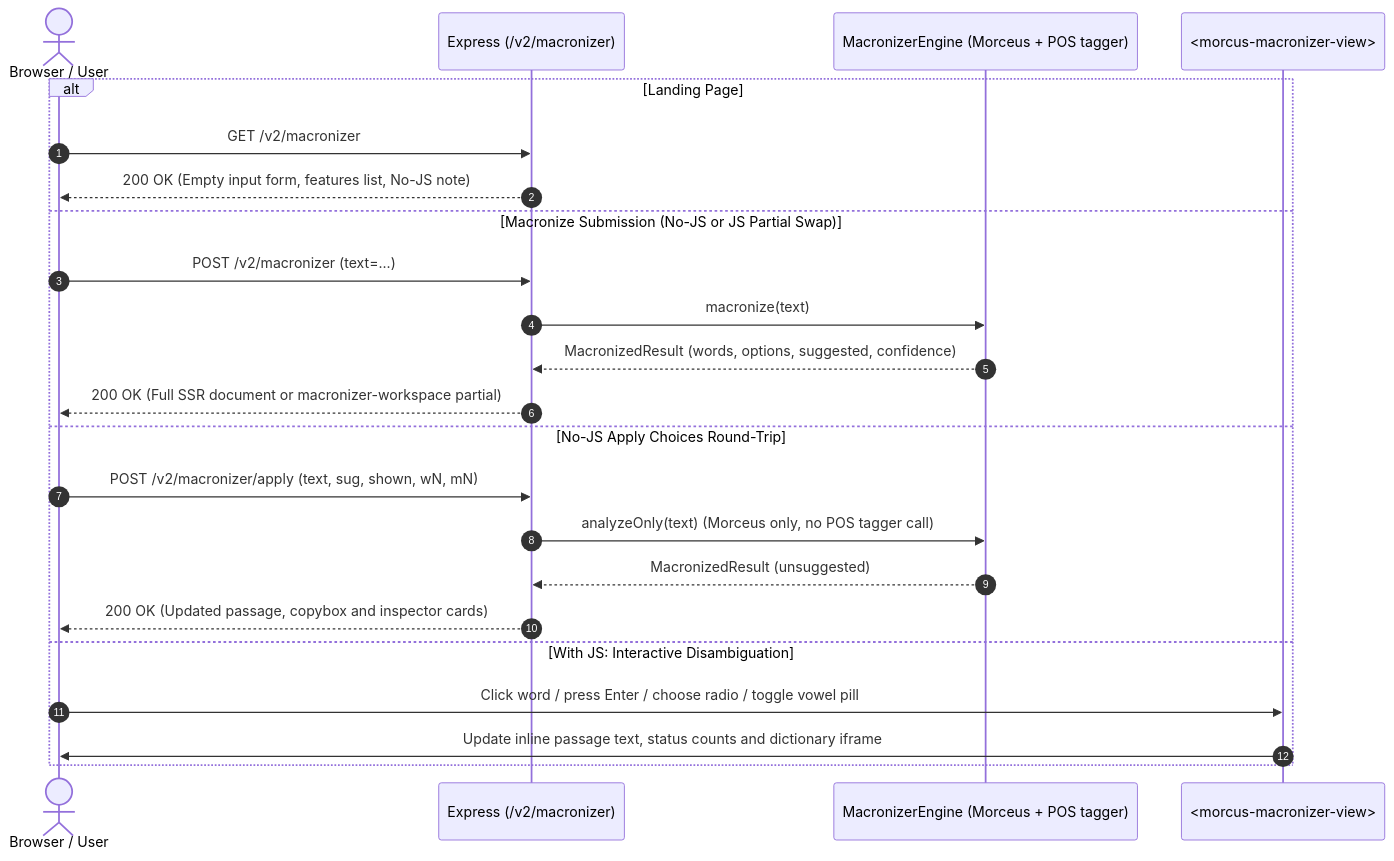
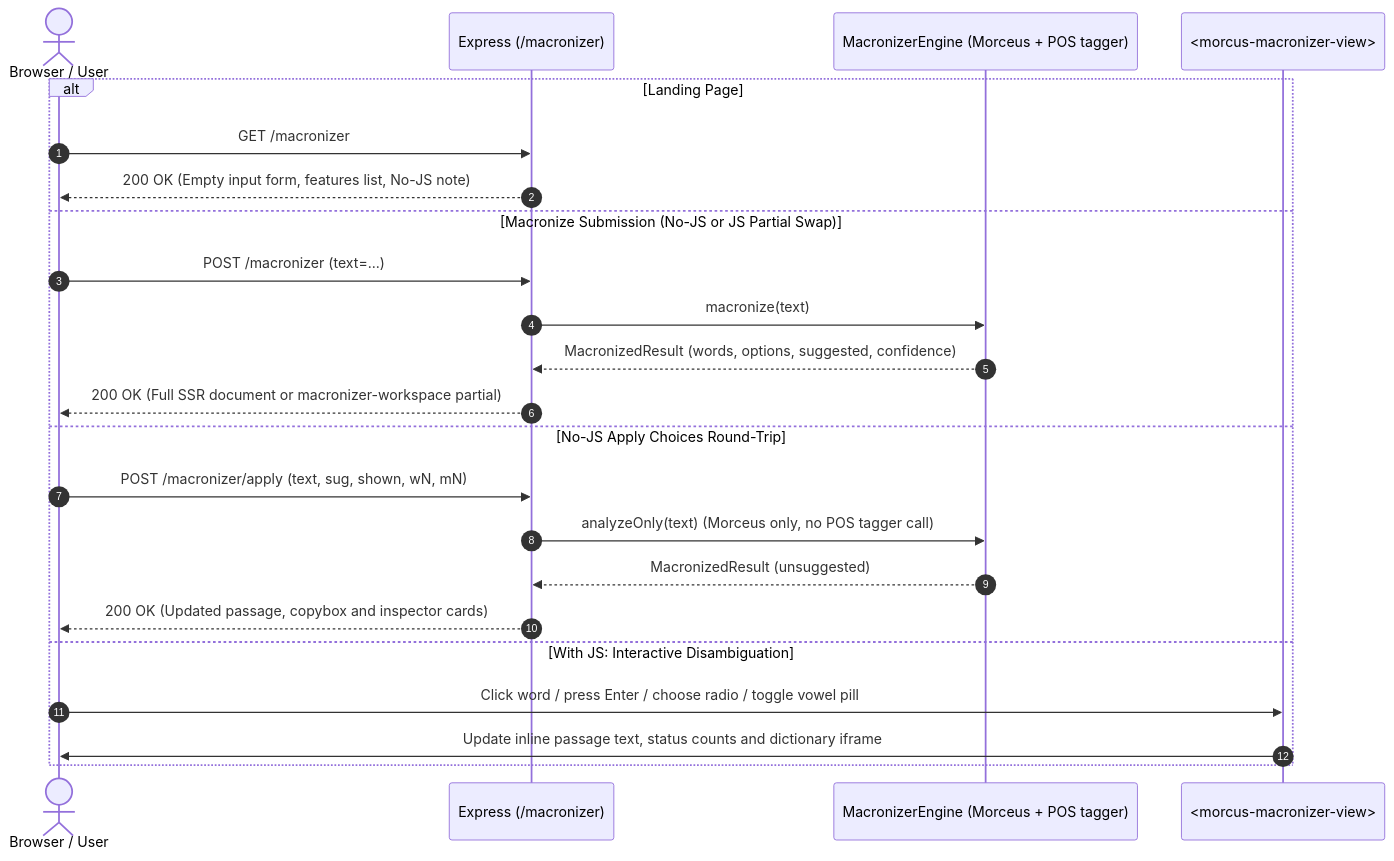
The diagram in src/web/v2/macronizer/README.md (nkprasad12/morcus-net), drawn with Mermaid before and after one commit. The commit also changed other lines of this file and 103 other files, not shown here.

````diff
--- a/src/web/v2/macronizer/README.md
+++ b/src/web/v2/macronizer/README.md
@@ -17,26 +17,26 @@
 ```mermaid
 sequenceDiagram
     autonumber
     actor User as Browser / User
-    participant Router as Express (/v2/macronizer)
+    participant Router as Express (/macronizer)
     participant Engine as MacronizerEngine (Morceus + POS tagger)
     participant Client as <morcus-macronizer-view>
 
     alt Landing Page
-        User->>Router: GET /v2/macronizer
+        User->>Router: GET /macronizer
         Router-->>User: 200 OK (Empty input form, features list, No-JS note)
     else Macronize Submission (No-JS or JS Partial Swap)
-        User->>Router: POST /v2/macronizer (text=...)
+        User->>Router: POST /macronizer (text=...)
         Router->>Engine: macronize(text)
         Engine-->>Router: MacronizedResult (words, options, suggested, confidence)
         Router-->>User: 200 OK (Full SSR document or macronizer-workspace partial)
     else No-JS Apply Choices Round-Trip
-        User->>Router: POST /v2/macronizer/apply (text, sug, shown, wN, mN)
+        User->>Router: POST /macronizer/apply (text, sug, shown, wN, mN)
         Router->>Engine: analyzeOnly(text) (Morceus only, no POS tagger call)
         Engine-->>Router: MacronizedResult (unsuggested)
         Router-->>User: 200 OK (Updated passage, copybox and inspector cards)
     else With JS: Interactive Disambiguation
         User->>Client: Click word / press Enter / choose radio / toggle vowel pill
         Client->>User: Update inline passage text, status counts and dictionary iframe
     end
 ```
````
